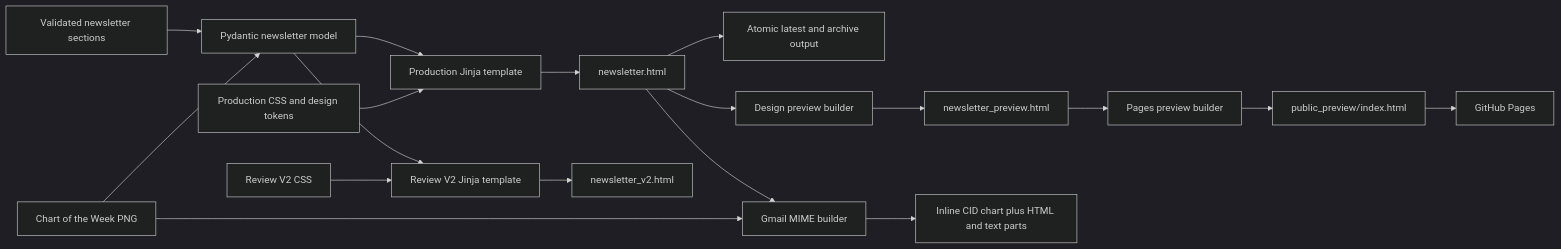
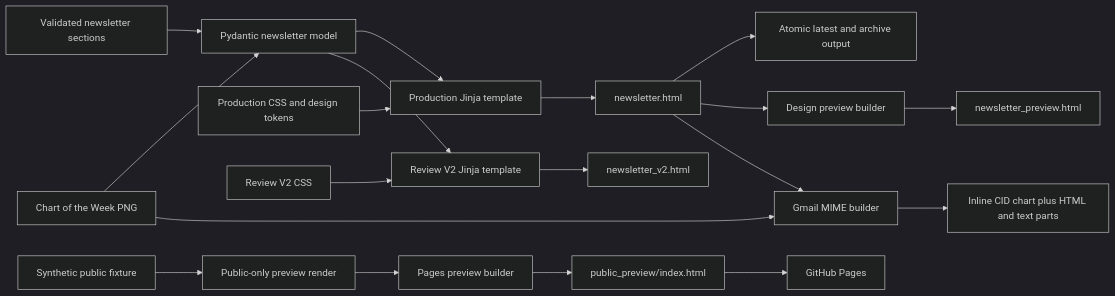
The diagram in docs/design_pipeline.md (rohen97/Automated-Financial-Newsletter), drawn with Mermaid (dark theme) before and after one commit. The commit also changed other lines of this file and 7 other files, not shown here.

Commit message:
Make Pages preview portfolio-safe

````diff
--- a/docs/design_pipeline.md
+++ b/docs/design_pipeline.md
@@ -9,20 +9,21 @@
 ```mermaid
 flowchart LR
     A[Validated newsletter sections] --> B[Pydantic newsletter model]
     C[Chart of the Week PNG] --> B
     B --> D[Production Jinja template]
     E[Production CSS and design tokens] --> D
     D --> F[newsletter.html]
     B --> G[Review V2 Jinja template]
     H[Review V2 CSS] --> G
     G --> I[newsletter_v2.html]
     F --> J[Atomic latest and archive output]
     F --> K[Design preview builder]
     K --> L[newsletter_preview.html]
-    L --> M[Pages preview builder]
+    R[Synthetic public fixture] --> S[Public-only preview render]
+    S --> M[Pages preview builder]
     M --> N[public_preview/index.html]
     N --> O[GitHub Pages]
     F --> P[Gmail MIME builder]
     C --> P
     P --> Q[Inline CID chart plus HTML and text parts]
 ```
````
